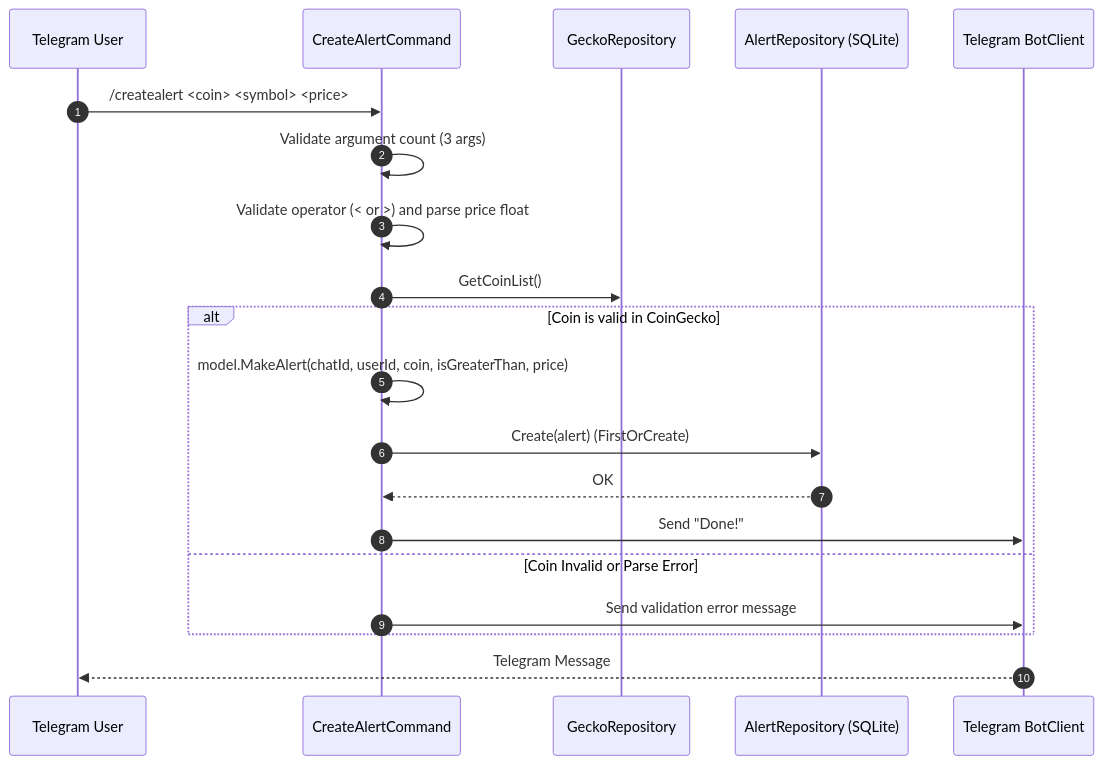
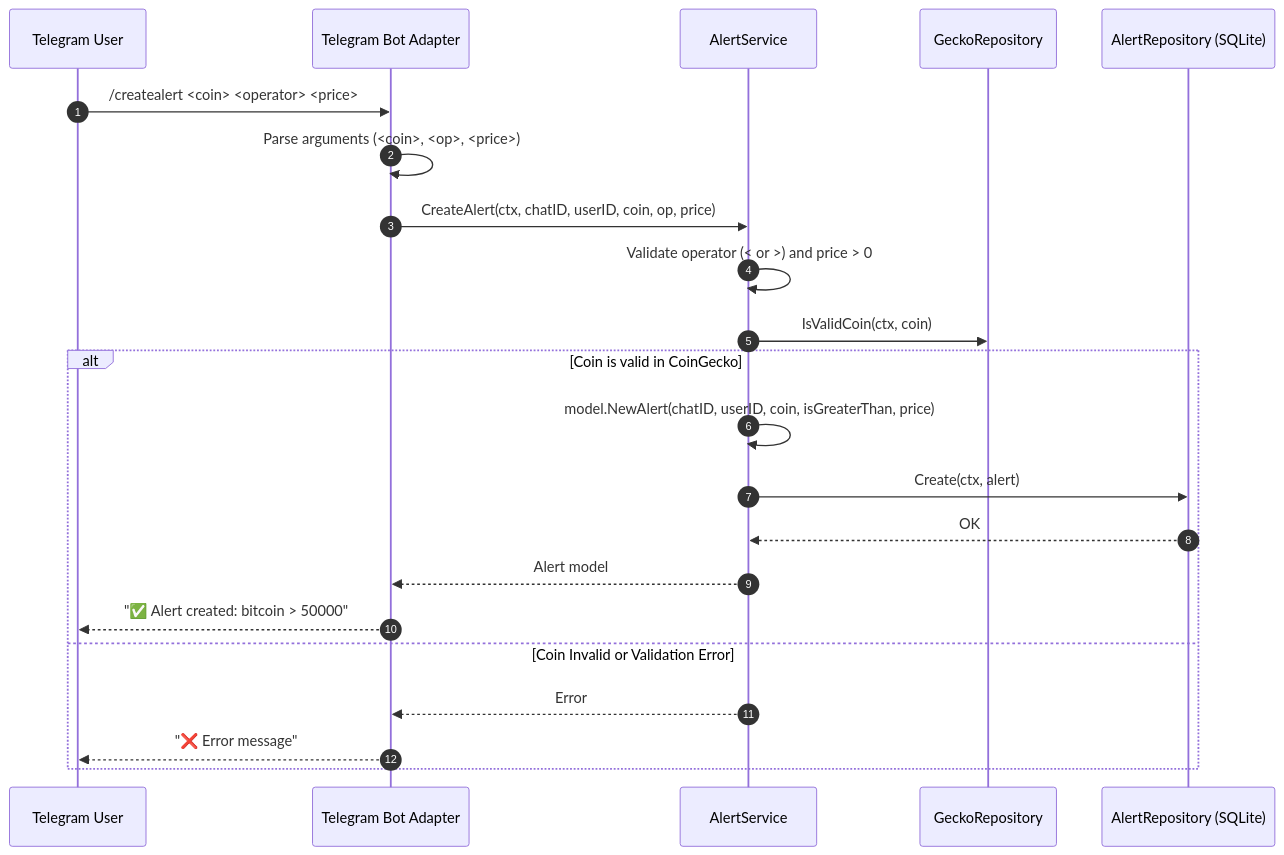
One commit to wyveriano/crypto-record-bot changed the fifth of 8 diagrams in README.md. Above: the diagram before and after it, drawn with Mermaid. The commit also changed other lines of this file and 23 other files, not shown here.

Commit message:
refactor: implement pure hexagonal architecture, graceful shutdown, context propagation, and structured logging

````diff
--- a/README.md
+++ b/README.md
@@ -275,23 +270,25 @@
 ```mermaid
 sequenceDiagram
     autonumber
     participant User as Telegram User
-    participant CAC as CreateAlertCommand
+    participant Bot as Telegram Bot Adapter
+    participant AS as AlertService
     participant Repo as GeckoRepository
     participant DB as AlertRepository (SQLite)
-    participant TG as Telegram BotClient
 
-    User->>CAC: /createalert <coin> <symbol> <price>
-    CAC->>CAC: Validate argument count (3 args)
-    CAC->>CAC: Validate operator (< or >) and parse price float
-    CAC->>Repo: GetCoinList()
+    User->>Bot: /createalert <coin> <operator> <price>
+    Bot->>Bot: Parse arguments (<coin>, <op>, <price>)
+    Bot->>AS: CreateAlert(ctx, chatID, userID, coin, op, price)
+    AS->>AS: Validate operator (< or >) and price > 0
+    AS->>Repo: IsValidCoin(ctx, coin)
     alt Coin is valid in CoinGecko
-        CAC->>CAC: model.MakeAlert(chatId, userId, coin, isGreaterThan, price)
-        CAC->>DB: Create(alert) (FirstOrCreate)
-        DB-->>CAC: OK
-        CAC->>TG: Send "Done!"
-    else Coin Invalid or Parse Error
-        CAC->>TG: Send validation error message
+        AS->>AS: model.NewAlert(chatID, userID, coin, isGreaterThan, price)
+        AS->>DB: Create(ctx, alert)
+        DB-->>AS: OK
+        AS-->>Bot: Alert model
+        Bot-->>User: "✅ Alert created: bitcoin > 50000"
+    else Coin Invalid or Validation Error
+        AS-->>Bot: Error
+        Bot-->>User: "❌ Error message"
     end
-    TG-->>User: Telegram Message
 ```
````
